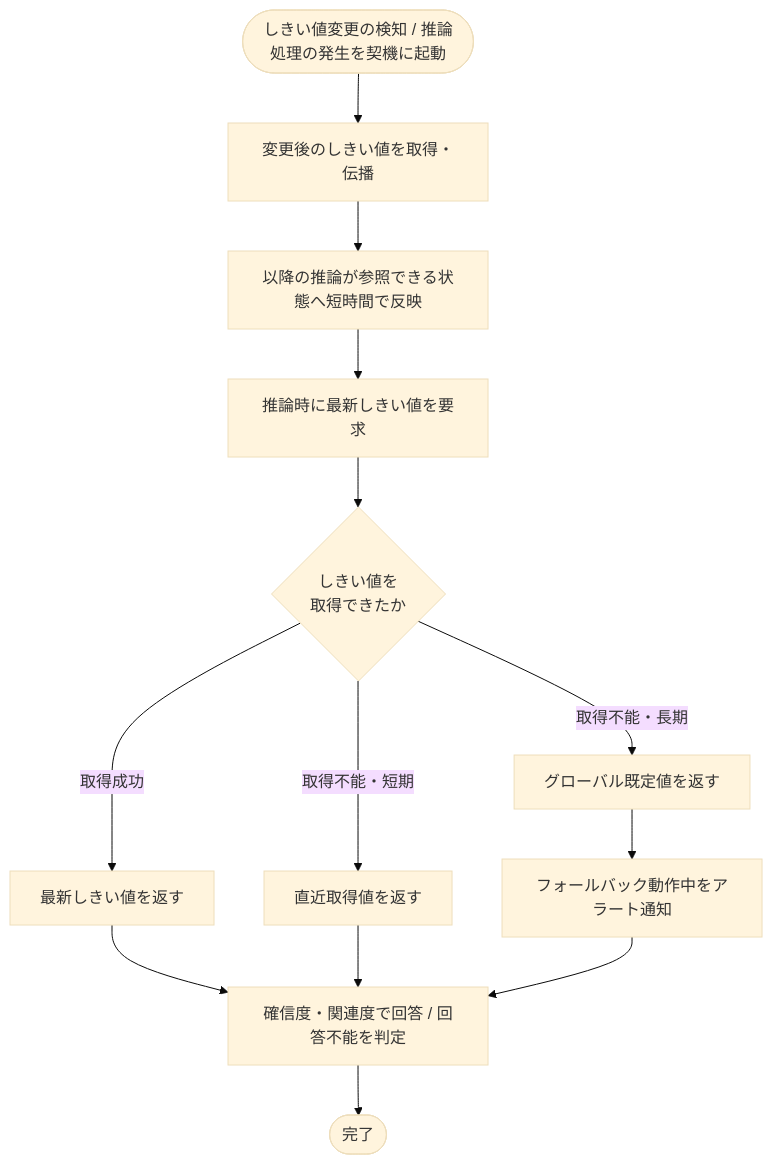
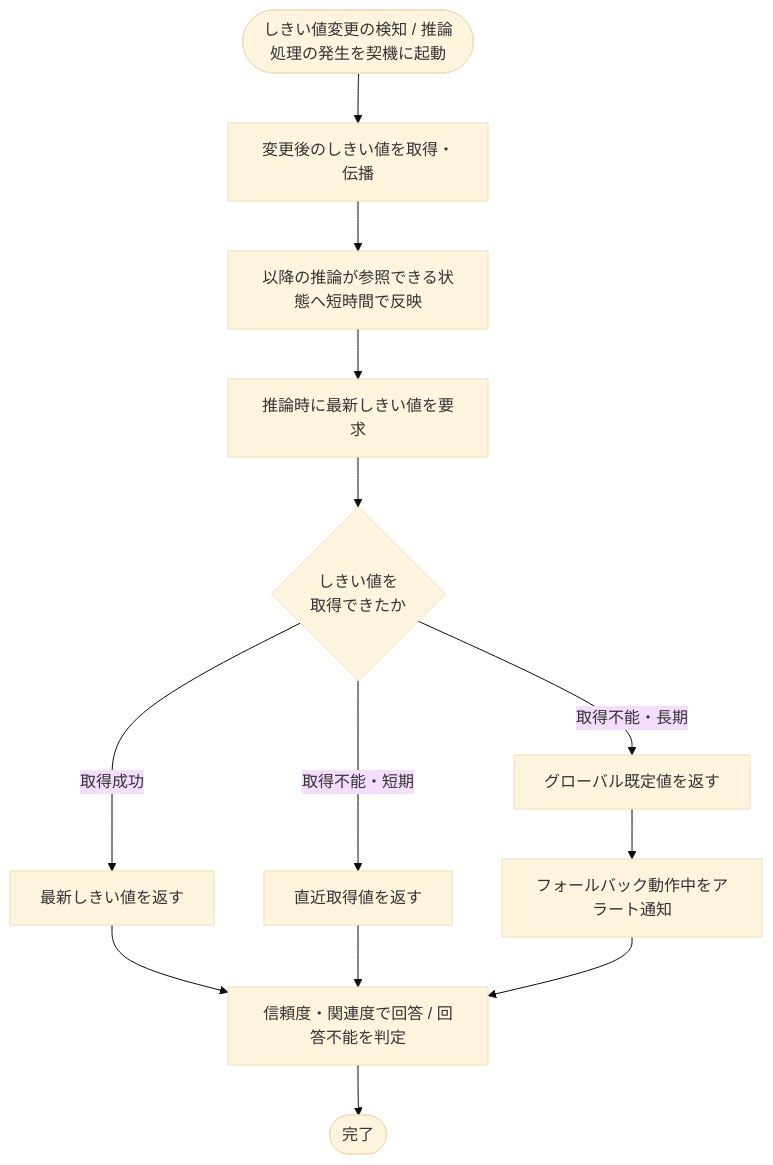
Before and after one commit to sikakou54/open-faq: the diagram in 02_basic_design/02_backend/01_system/SYS-015.md, drawn with Mermaid (base theme). The commit also changed other lines of this file and 14 other files, not shown here.

First line of the commit message:
設計値の正本参照化と用語統一の仕上げ(確信度→信頼度・50件/30dの正本化・UCタイトル同期)

````diff
--- a/02_basic_design/02_backend/01_system/SYS-015.md
+++ b/02_basic_design/02_backend/01_system/SYS-015.md
@@ -23,15 +23,15 @@
 ```mermaid
 flowchart TB
   S([しきい値変更の検知 / 推論処理の発生を契機に起動]) --> A[変更後のしきい値を取得・伝播]
   A --> B[以降の推論が参照できる状態へ短時間で反映]
   B --> C[推論時に最新しきい値を要求]
   C --> D{しきい値を<br/>取得できたか}
   D -- 取得成功 --> E[最新しきい値を返す]
   D -- 取得不能・短期 --> F[直近取得値を返す]
   D -- 取得不能・長期 --> G[グローバル既定値を返す]
   G --> H[フォールバック動作中をアラート通知]
-  E --> I[確信度・関連度で回答 / 回答不能を判定]
+  E --> I[信頼度・関連度で回答 / 回答不能を判定]
   F --> I
   H --> I
   I --> J([完了])
 ```
````
